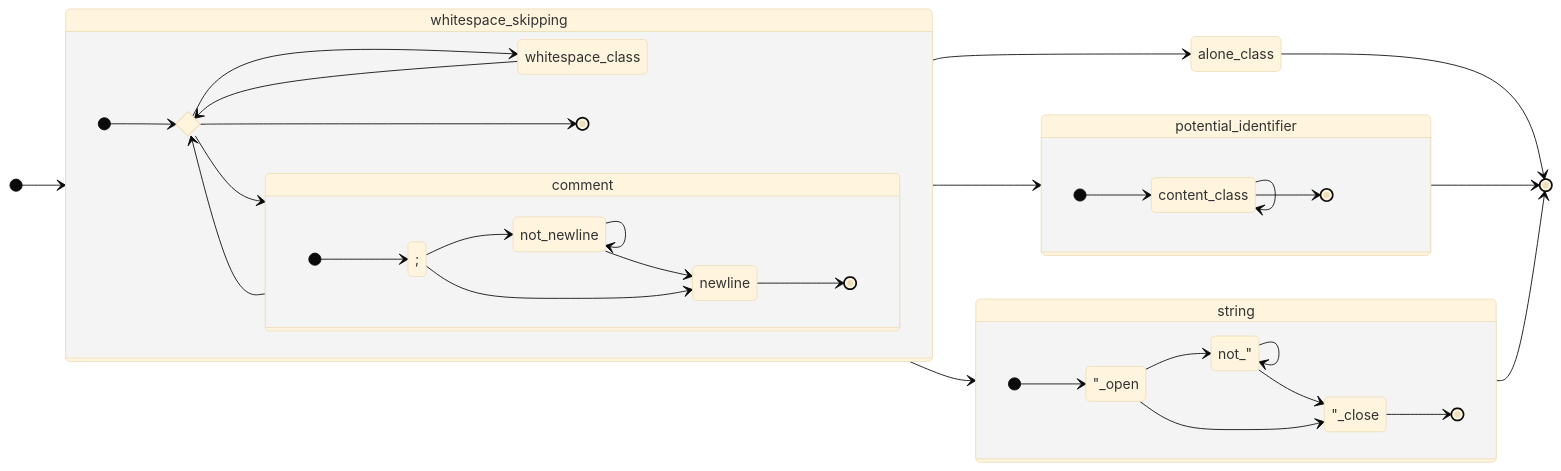
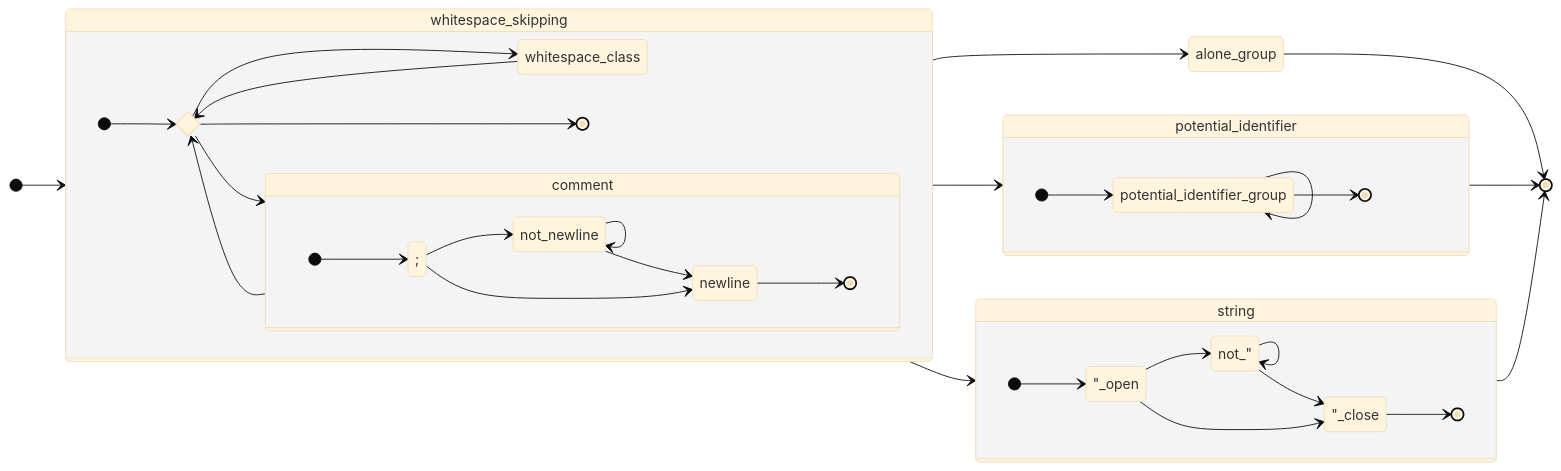
Before and after one commit to 20kdc/gabien-common: the diagram in datum/specification.md, drawn with Mermaid (base theme). The commit also changed other lines of this file and 5 other files, not shown here.

````diff
--- a/datum/specification.md
+++ b/datum/specification.md
@@ -111,45 +135,45 @@
 ```mermaid
 stateDiagram-v2
     direction LR
     state whitespace_skipping {
         direction LR
         state loop <<choice>>
         [*] --> loop
         loop --> whitespace_class
         loop --> comment
         loop --> [*]
         whitespace_class --> loop
         comment --> loop
     }
     state comment {
         direction LR
         [*] --> ;
         ; --> not_newline
         not_newline --> not_newline
         not_newline --> newline
         ; --> newline
         newline --> [*]
     }
     [*] --> whitespace_skipping
     state potential_identifier {
         direction LR
-        [*] --> content_class
-        content_class --> content_class
-        content_class --> [*]
+        [*] --> potential_identifier_group
+        potential_identifier_group --> potential_identifier_group
+        potential_identifier_group --> [*]
     }
     whitespace_skipping --> potential_identifier
     potential_identifier --> [*]
-    whitespace_skipping --> alone_class
-    alone_class --> [*]
+    whitespace_skipping --> alone_group
+    alone_group --> [*]
     whitespace_skipping --> string
     string --> [*]
     state string {
         direction LR
         [*] --> "_open
         "_open --> "_close
         "_open --> not_"
         not_" --> not_"
         not_" --> "_close
         "_close --> [*]
     }
 ```
````
